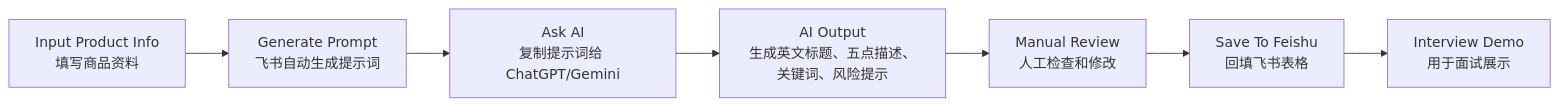
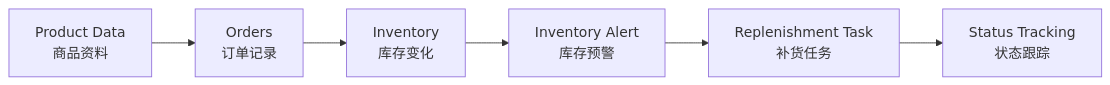
Before and after one commit to sai5585wo/work-plan: the first of 2 diagrams in README.md, drawn with Mermaid. The commit also changed other lines of this file and 7 other files, not shown here.

````diff
--- a/README.md
+++ b/README.md
@@ -29,9 +38,8 @@
 ```mermaid
 flowchart LR
-    A["Input Product Info<br/>填写商品资料"] --> B["Generate Prompt<br/>飞书自动生成提示词"]
-    B --> C["Ask AI<br/>复制提示词给 ChatGPT/Gemini"]
-    C --> D["AI Output<br/>生成英文标题、五点描述、关键词、风险提示"]
-    D --> E["Manual Review<br/>人工检查和修改"]
-    E --> F["Save To Feishu<br/>回填飞书表格"]
-    F --> G["Interview Demo<br/>用于面试展示"]
+    A["Product Data<br/>商品资料"] --> B["Orders<br/>订单记录"]
+    B --> C["Inventory<br/>库存变化"]
+    C --> D["Inventory Alert<br/>库存预警"]
+    D --> E["Replenishment Task<br/>补货任务"]
+    E --> F["Status Tracking<br/>状态跟踪"]
 ```
````
